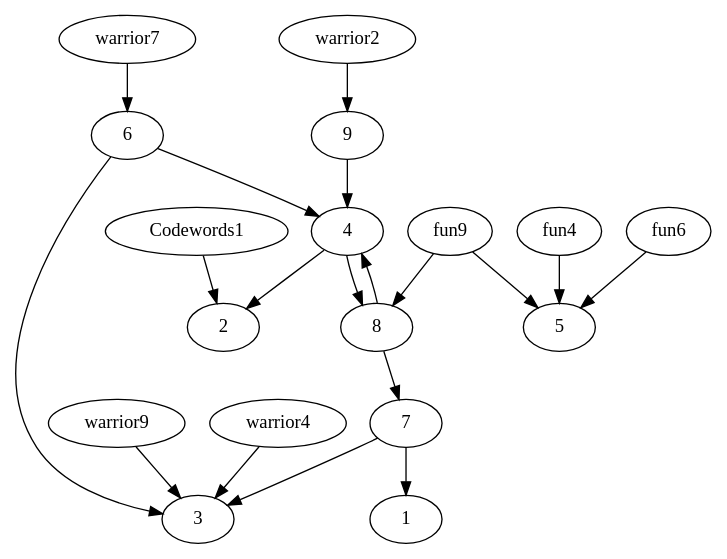
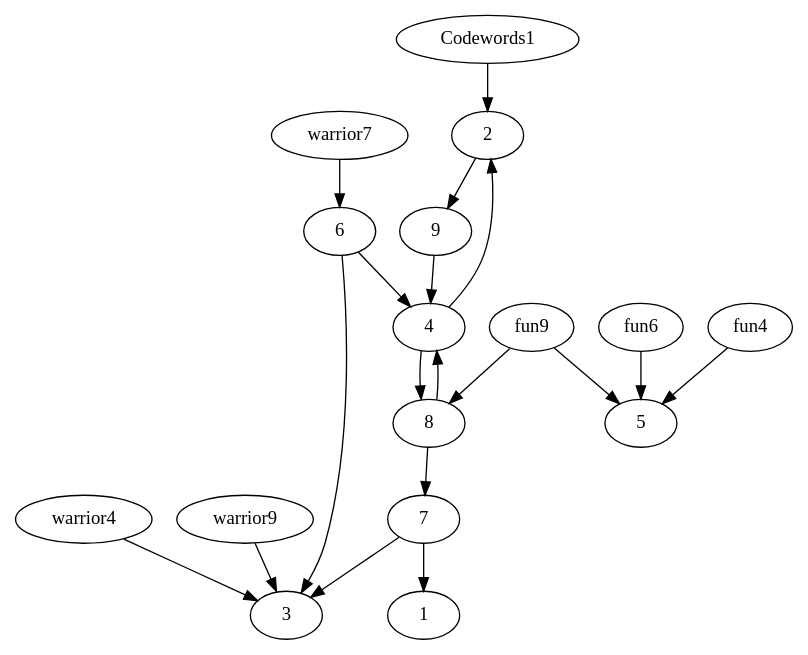
Before and after one commit to lifelike/gamebookformat: the diagram in expected/codewords.dot, drawn with Graphviz. The commit also changed 31 other files, not shown here.

```diff
--- a/expected/codewords.dot
+++ b/expected/codewords.dot
@@ -1,21 +1,21 @@
 digraph gamebook {
 
  Codewords1->2
-warrior2->9
+ 2->9
 warrior4->3
 4->2
 fun4->5
 4->8
 fun6->5
 6->3
 6->4
 warrior7->6
 7->3
 7->1
 8->7
 8->4
 warrior9->3
 fun9->8
 fun9->5
 9->4
 }
```
